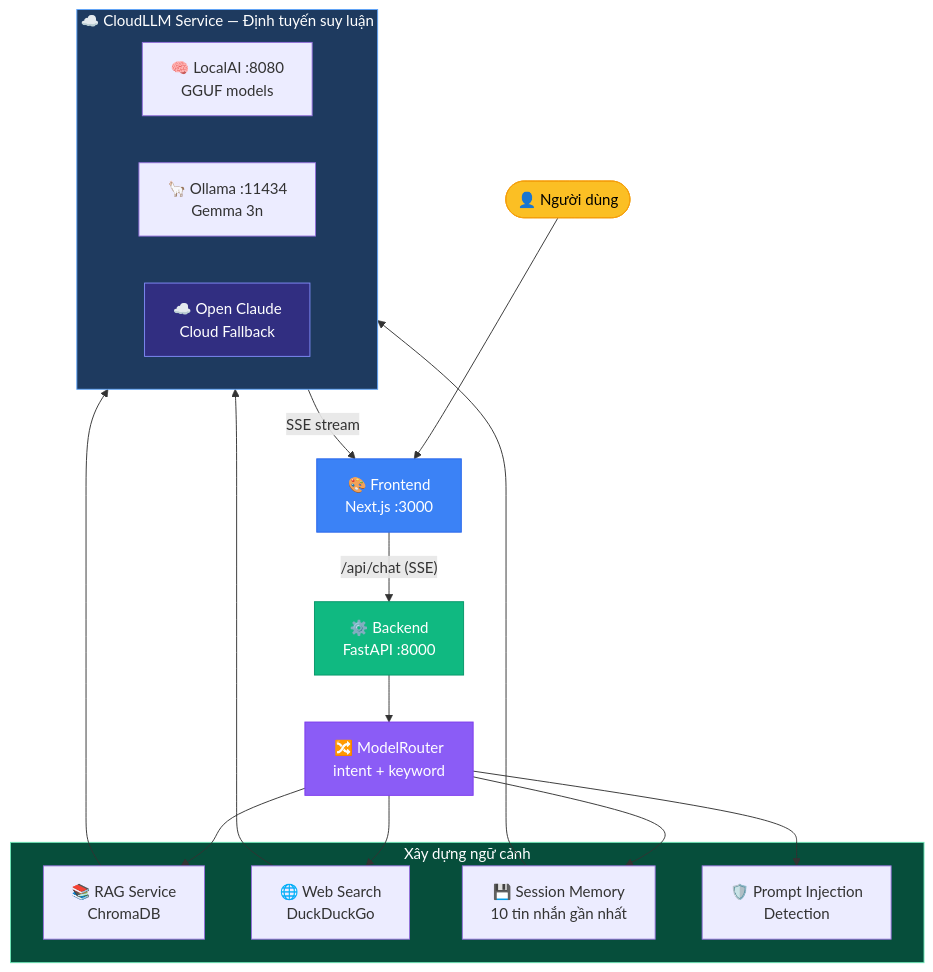
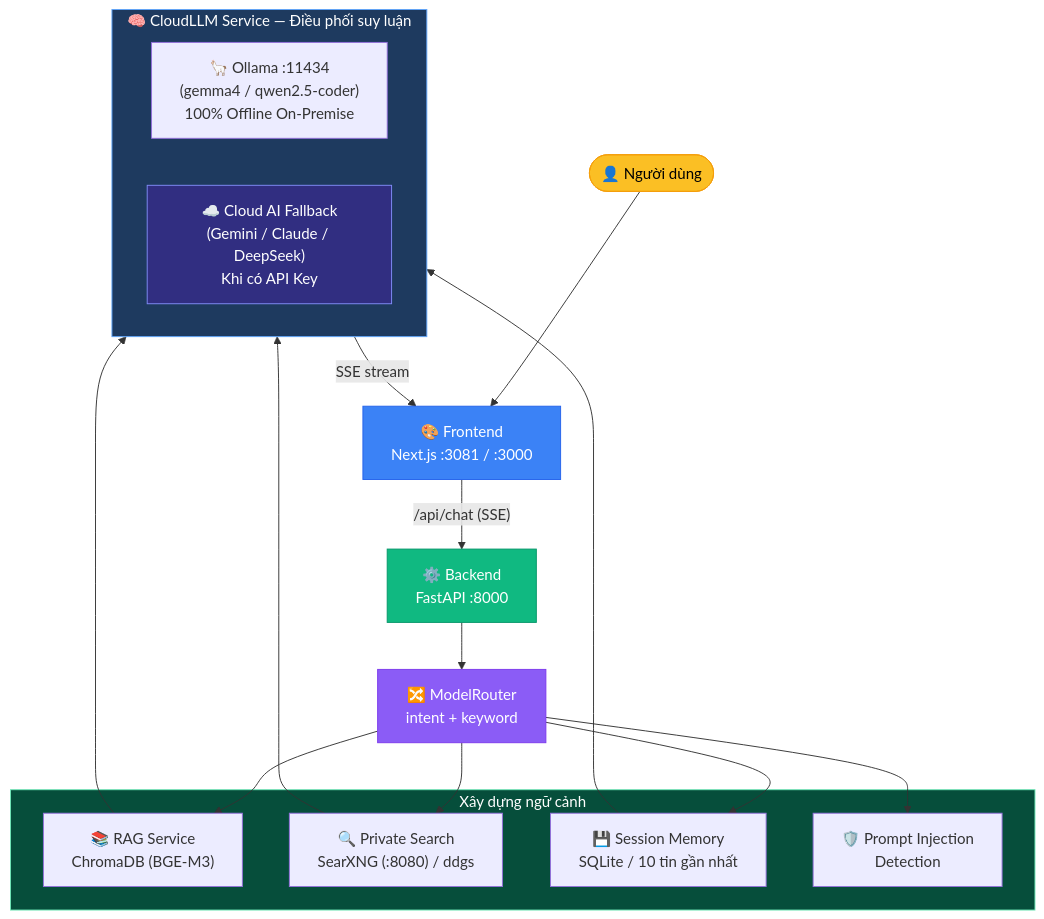
The fourth of 8 diagrams in docs/vi/architecture.md (NghiaDinh03/CyberAI-Assessment-project), drawn with Mermaid before and after one commit. The commit also changed other lines of this file and 94 other files, not shown here.

Commit message:
feat(pipeline): standardize unified assessment schema, runtime audit telemetry, masked evidence manifests, and artifact consistency validation

````diff
--- a/docs/vi/architecture.md
+++ b/docs/vi/architecture.md
@@ -291,40 +291,39 @@
 ```mermaid
 flowchart TD
     User(["👤 Người dùng"]) --> FE
 
-    FE["🎨 Frontend\nNext.js :3000"]
+    FE["🎨 Frontend\nNext.js :3081 / :3000"]
     FE -- "/api/chat (SSE)" --> BE
 
     BE["⚙️ Backend\nFastAPI :8000"]
     BE --> Router["🔀 ModelRouter\nintent + keyword"]
 
     subgraph CONTEXT["Xây dựng ngữ cảnh"]
-        RAG["📚 RAG Service\nChromaDB"]
-        WS["🌐 Web Search\nDuckDuckGo"]
-        MEM["💾 Session Memory\n10 tin nhắn gần nhất"]
+        RAG["📚 RAG Service\nChromaDB (BGE-M3)"]
+        WS["🔍 Private Search\nSearXNG (:8080) / ddgs"]
+        MEM["💾 Session Memory\nSQLite / 10 tin gần nhất"]
         SEC["🛡️ Prompt Injection\nDetection"]
     end
 
     Router --> RAG
     Router --> WS
     Router --> MEM
     Router --> SEC
 
     RAG & WS & MEM --> LLM
 
-    subgraph LLM["☁️ CloudLLM Service — Định tuyến suy luận"]
-        LAI["🧠 LocalAI :8080\nGGUF models"]
-        OLL["🦙 Ollama :11434\nGemma 3n"]
-        CLD["☁️ Open Claude\nCloud Fallback"]
+    subgraph LLM["🧠 CloudLLM Service — Điều phối suy luận"]
+        OLL["🦙 Ollama :11434\n(gemma4 / qwen2.5-coder)\n100% Offline On-Premise"]
+        CLD["☁️ Cloud AI Fallback\n(Gemini / Claude / DeepSeek)\nKhi có API Key"]
     end
 
     LLM -- "SSE stream" --> FE
 
     style User fill:#fbbf24,stroke:#f59e0b,color:#000
     style FE fill:#3b82f6,stroke:#2563eb,color:#fff
     style BE fill:#10b981,stroke:#059669,color:#fff
     style Router fill:#8b5cf6,stroke:#7c3aed,color:#fff
     style CONTEXT fill:#064e3b,stroke:#6ee7b7,color:#fff
     style LLM fill:#1e3a5f,stroke:#60a5fa,color:#fff
     style CLD fill:#312e81,stroke:#818cf8,color:#fff
 ```
````
